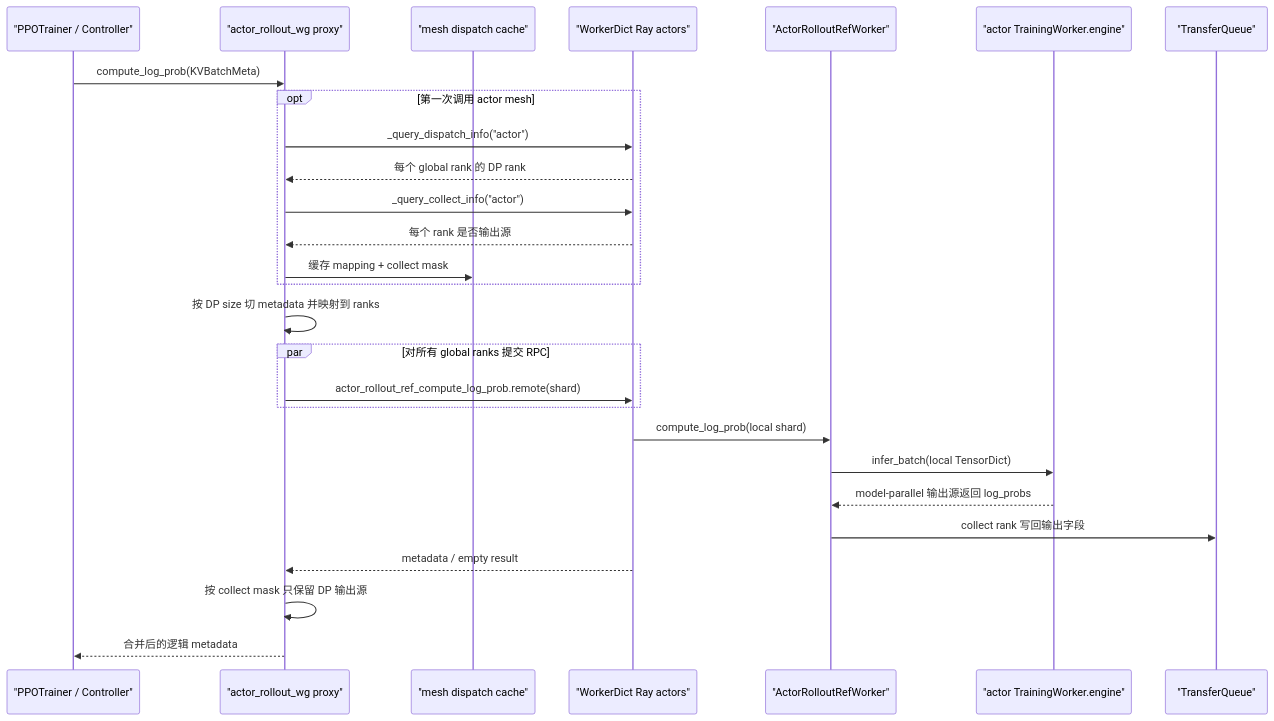
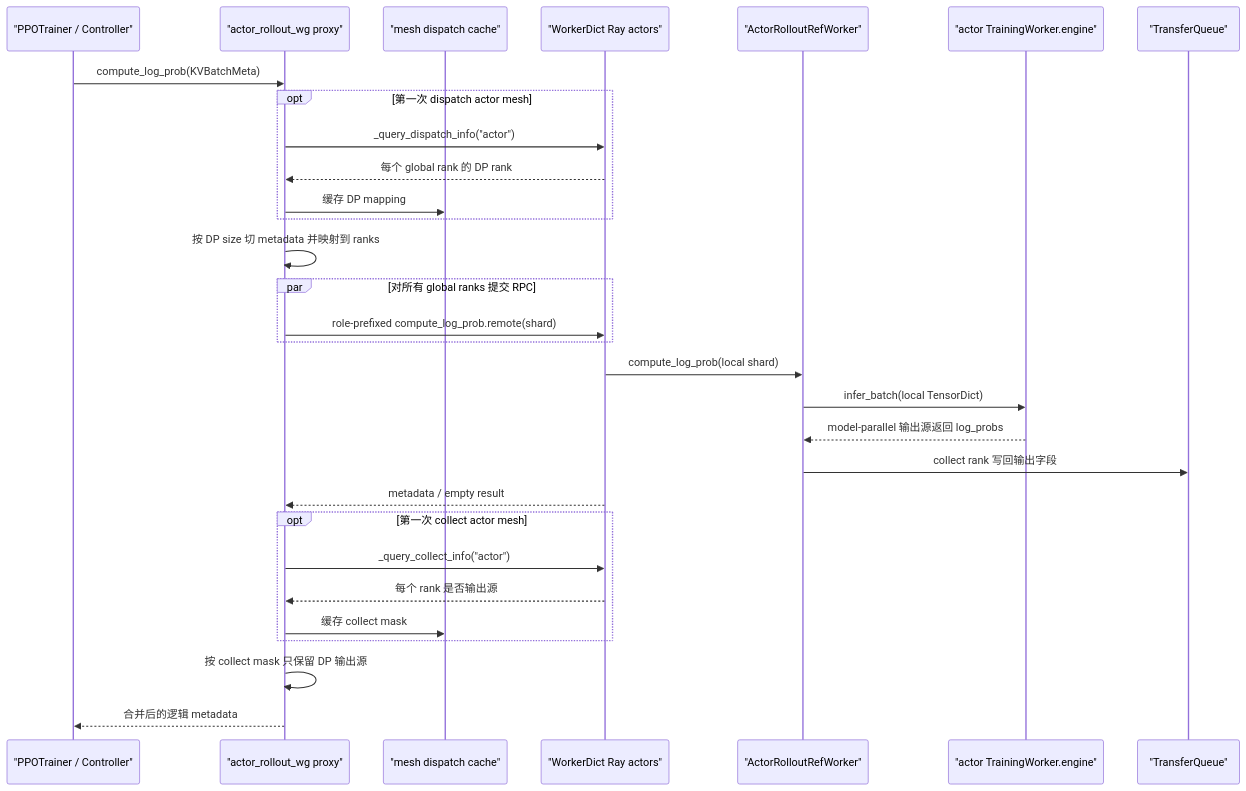
One commit to BiboyQG/learn-verl changed the fifth of 6 diagrams in docs-site/content/05_ray_controller_and_workers.md. Above: the diagram before and after it, drawn with Mermaid. The commit also changed other lines of this file and 16 other files, not shown here.

````diff
--- a/docs-site/content/05_ray_controller_and_workers.md
+++ b/docs-site/content/05_ray_controller_and_workers.md
@@ -854,30 +860,33 @@
 ```mermaid
 sequenceDiagram
     participant T as "PPOTrainer / Controller"
     participant WG as "actor_rollout_wg proxy"
     participant MAP as "mesh dispatch cache"
     participant R as "WorkerDict Ray actors"
     participant AR as "ActorRolloutRefWorker"
     participant E as "actor TrainingWorker.engine"
     participant TQ as "TransferQueue"
 
     T->>WG: compute_log_prob(KVBatchMeta)
-    opt 第一次调用 actor mesh
+    opt 第一次 dispatch actor mesh
         WG->>R: _query_dispatch_info("actor")
         R-->>WG: 每个 global rank 的 DP rank
-        WG->>R: _query_collect_info("actor")
-        R-->>WG: 每个 rank 是否输出源
-        WG->>MAP: 缓存 mapping + collect mask
+        WG->>MAP: 缓存 DP mapping
     end
     WG->>WG: 按 DP size 切 metadata 并映射到 ranks
     par 对所有 global ranks 提交 RPC
-        WG->>R: actor_rollout_ref_compute_log_prob.remote(shard)
+        WG->>R: role-prefixed compute_log_prob.remote(shard)
     end
     R->>AR: compute_log_prob(local shard)
     AR->>E: infer_batch(local TensorDict)
     E-->>AR: model-parallel 输出源返回 log_probs
     AR->>TQ: collect rank 写回输出字段
     R-->>WG: metadata / empty result
+    opt 第一次 collect actor mesh
+        WG->>R: _query_collect_info("actor")
+        R-->>WG: 每个 rank 是否输出源
+        WG->>MAP: 缓存 collect mask
+    end
     WG->>WG: 按 collect mask 只保留 DP 输出源
     WG-->>T: 合并后的逻辑 metadata
 ```
````
